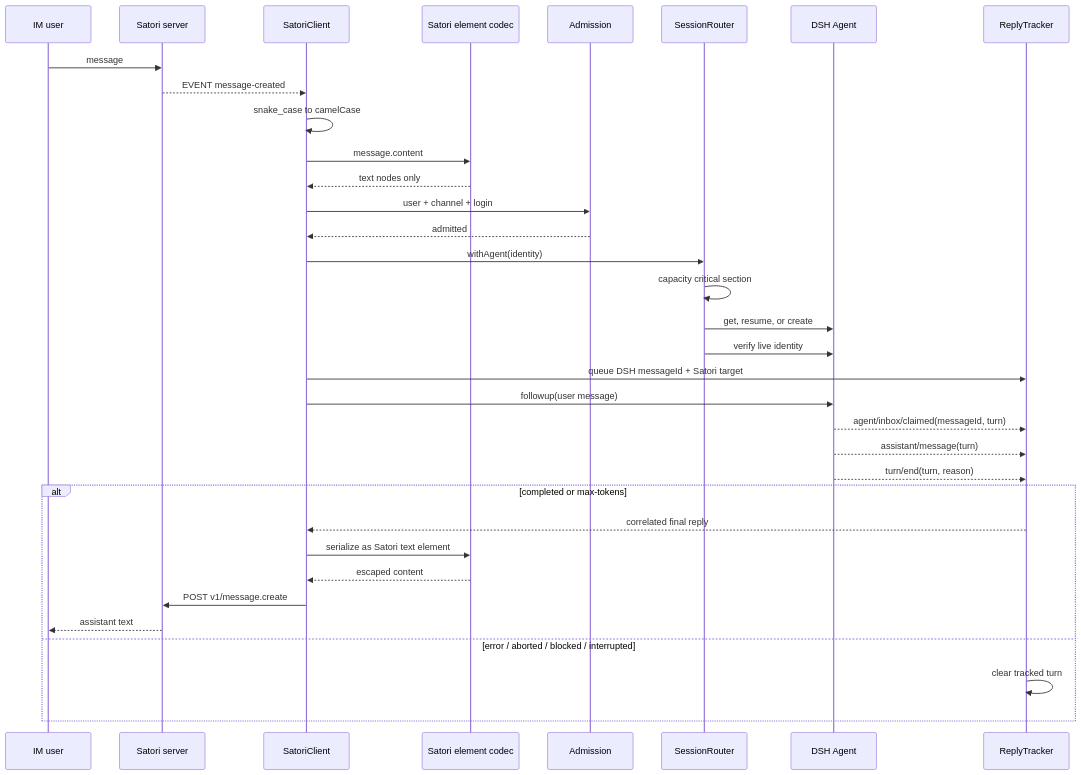
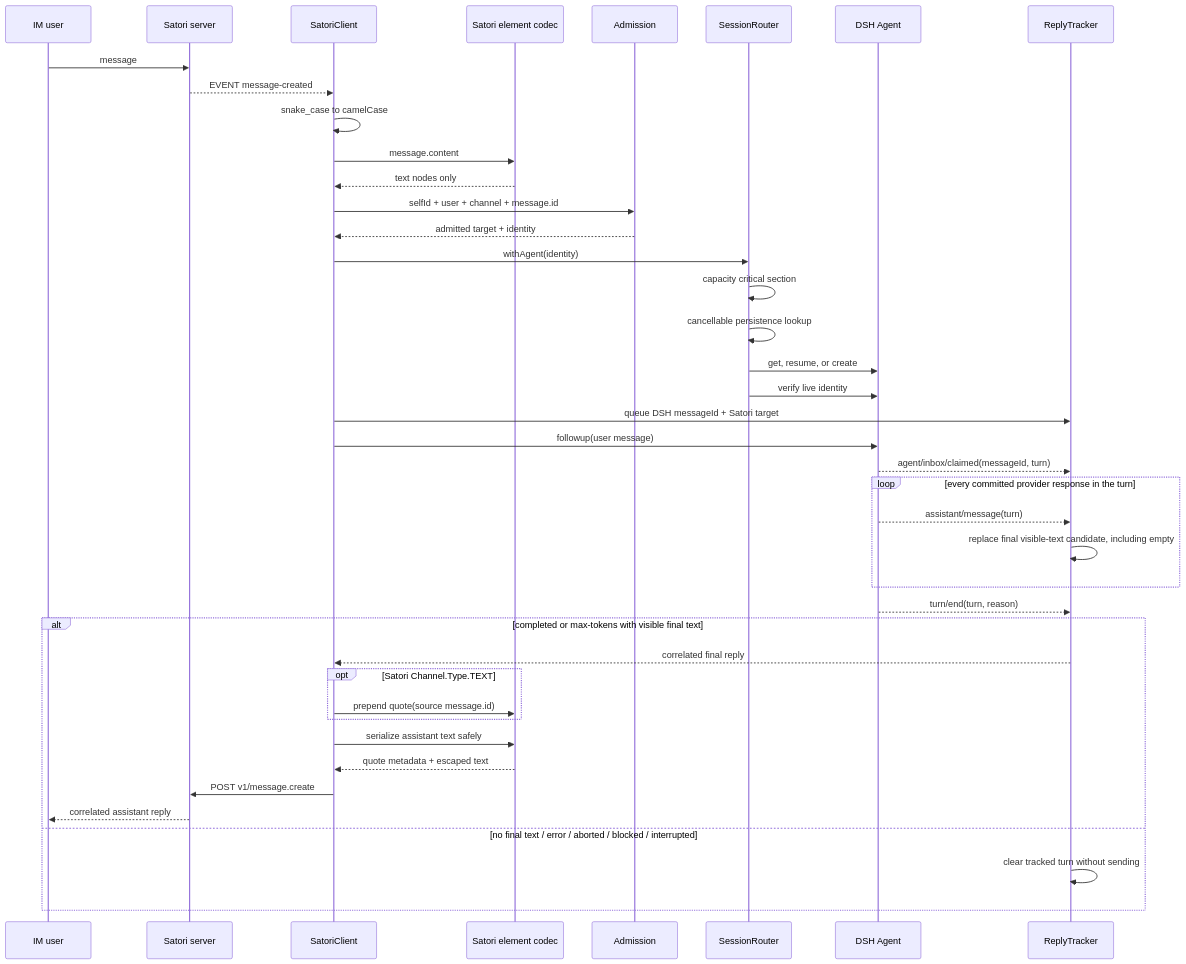
Before and after one commit to Ri0n72Y/dsh-satori: the diagram in docs/data-flow.md, drawn with Mermaid. The commit also changed other lines of this file and 17 other files, not shown here.

````diff
--- a/docs/data-flow.md
+++ b/docs/data-flow.md
@@ -3,37 +3,44 @@
 ```mermaid
 sequenceDiagram
     participant U as IM user
     participant S as Satori server
     participant C as SatoriClient
     participant E as Satori element codec
     participant G as Admission
     participant R as SessionRouter
     participant A as DSH Agent
     participant T as ReplyTracker
 
     U->>S: message
     S-->>C: EVENT message-created
     C->>C: snake_case to camelCase
     C->>E: message.content
     E-->>C: text nodes only
-    C->>G: user + channel + login
-    G-->>C: admitted
+    C->>G: selfId + user + channel + message.id
+    G-->>C: admitted target + identity
     C->>R: withAgent(identity)
     R->>R: capacity critical section
+    R->>R: cancellable persistence lookup
     R->>A: get, resume, or create
     R->>A: verify live identity
     C->>T: queue DSH messageId + Satori target
     C->>A: followup(user message)
     A-->>T: agent/inbox/claimed(messageId, turn)
-    A-->>T: assistant/message(turn)
+    loop every committed provider response in the turn
+        A-->>T: assistant/message(turn)
+        T->>T: replace final visible-text candidate, including empty
+    end
     A-->>T: turn/end(turn, reason)
-    alt completed or max-tokens
+    alt completed or max-tokens with visible final text
         T-->>C: correlated final reply
-        C->>E: serialize as Satori text element
-        E-->>C: escaped content
+        opt Satori Channel.Type.TEXT
+            C->>E: prepend quote(source message.id)
+        end
+        C->>E: serialize assistant text safely
+        E-->>C: quote metadata + escaped text
         C->>S: POST v1/message.create
-        S-->>U: assistant text
-    else error / aborted / blocked / interrupted
-        T->>T: clear tracked turn
+        S-->>U: correlated assistant reply
+    else no final text / error / aborted / blocked / interrupted
+        T->>T: clear tracked turn without sending
     end
 ```
````
